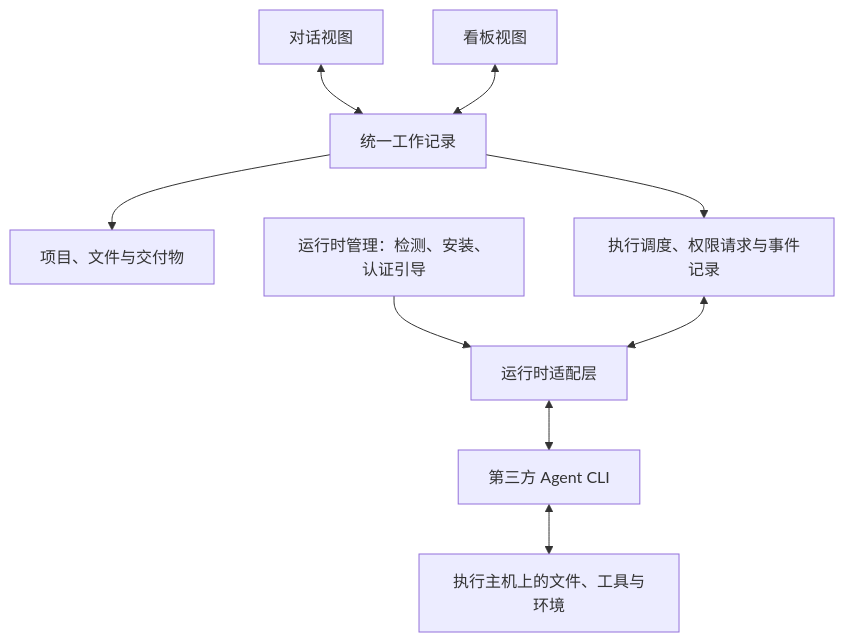
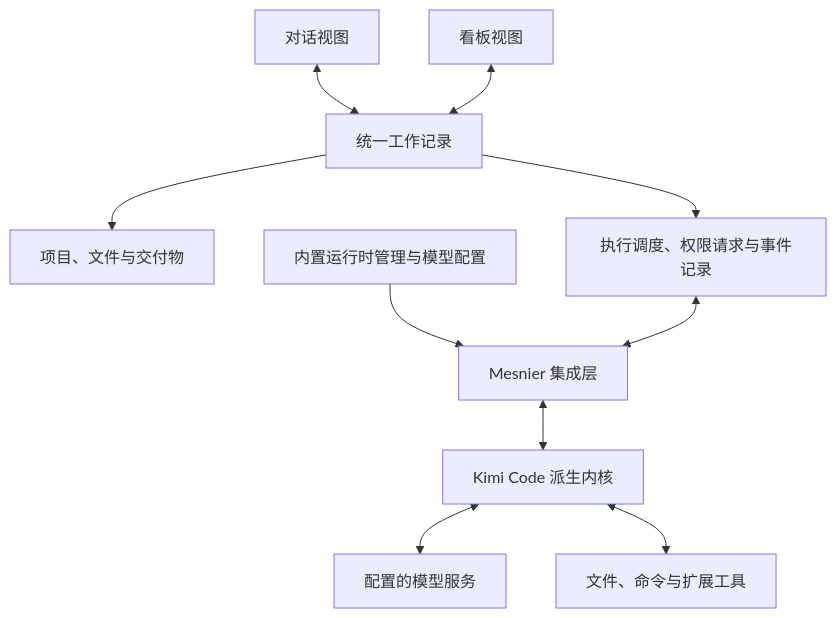
One commit to DuskLin/Mesnier changed the diagram in README.md. Above: the diagram before and after it, drawn with Mermaid. The commit also changed other lines of this file and 10 other files, not shown here.

First line of the commit message:
docs: 调整 Kimi Code Agent 底座与工作台规划

````diff
--- a/README.md
+++ b/README.md
@@ -108,11 +108,12 @@
 ```mermaid
 flowchart TB
   Chat[对话视图] <--> Work[统一工作记录]
   Board[看板视图] <--> Work
   Work --> Context[项目、文件与交付物]
   Work --> Runs[执行调度、权限请求与事件记录]
-  Manager[运行时管理：检测、安装、认证引导] --> Adapters[运行时适配层]
-  Runs <--> Adapters
-  Adapters <--> CLI[第三方 Agent CLI]
-  CLI <--> Host[执行主机上的文件、工具与环境]
+  Manager[内置运行时管理与模型配置] --> Integration[Mesnier 集成层]
+  Runs <--> Integration
+  Integration <--> Agent[Kimi Code 派生内核]
+  Agent <--> Models[配置的模型服务]
+  Agent <--> Tools[文件、命令与扩展工具]
 ```
````
